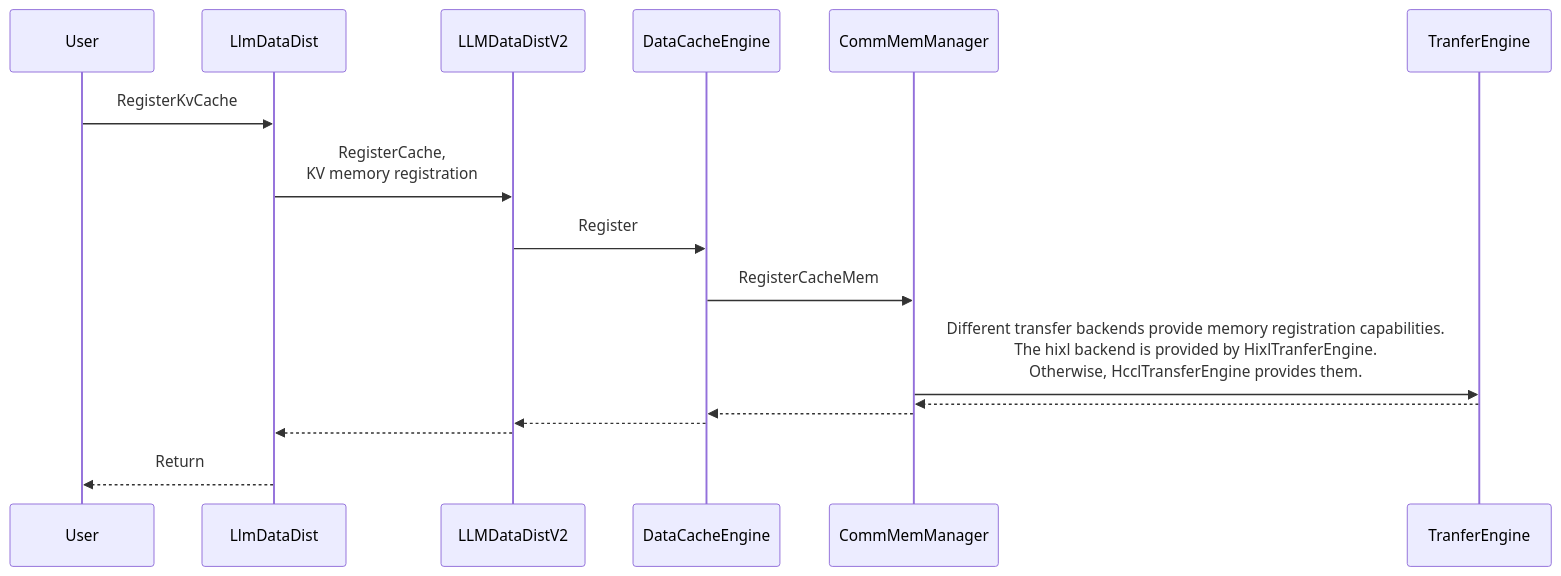
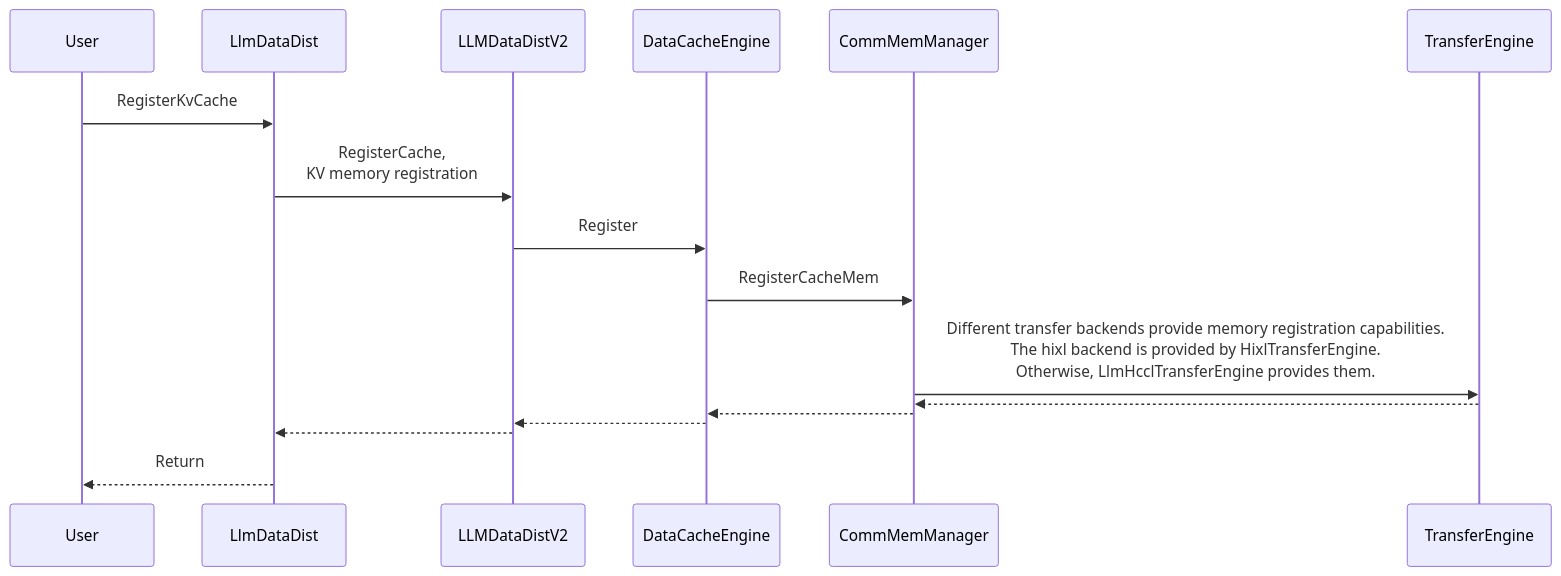
The fourth of 6 diagrams in docs/en/design/llm-datadist_supporting_the_hixl_transfer_backend.md (hicann/hixl), drawn with Mermaid before and after one commit. The commit also changed other lines of this file and 53 other files, not shown here.

````diff
--- a/docs/en/design/llm-datadist_supporting_the_hixl_transfer_backend.md
+++ b/docs/en/design/llm-datadist_supporting_the_hixl_transfer_backend.md
@@ -243,13 +243,13 @@
 ```mermaid
 sequenceDiagram
   User ->> LlmDataDist: RegisterKvCache
   LlmDataDist ->> LLMDataDistV2: RegisterCache,<br>KV memory registration
   LLMDataDistV2 ->> DataCacheEngine: Register
   DataCacheEngine ->> CommMemManager: RegisterCacheMem
-  CommMemManager ->> TranferEngine: Different transfer backends provide memory registration capabilities.<br>The hixl backend is provided by HixlTranferEngine.<br>Otherwise, HcclTransferEngine provides them.
-  TranferEngine -->> CommMemManager: 
-  CommMemManager -->> DataCacheEngine: 
-  DataCacheEngine -->> LLMDataDistV2: 
-  LLMDataDistV2 -->> LlmDataDist: 
+  CommMemManager ->> TransferEngine: Different transfer backends provide memory registration capabilities.<br>The hixl backend is provided by HixlTransferEngine.<br>Otherwise, LlmHcclTransferEngine provides them.
+  TransferEngine -->> CommMemManager:
+  CommMemManager -->> DataCacheEngine:
+  DataCacheEngine -->> LLMDataDistV2:
+  LLMDataDistV2 -->> LlmDataDist:
   LlmDataDist -->> User: Return
 ```
````
